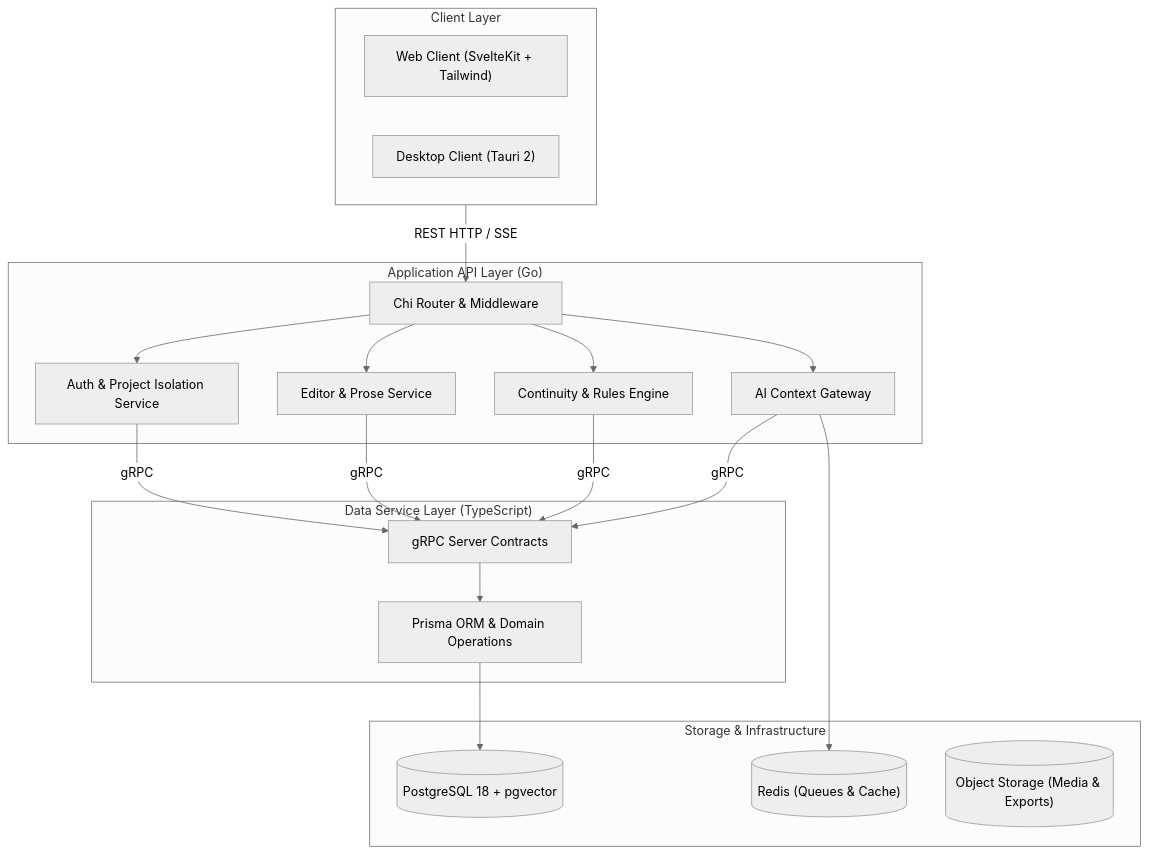
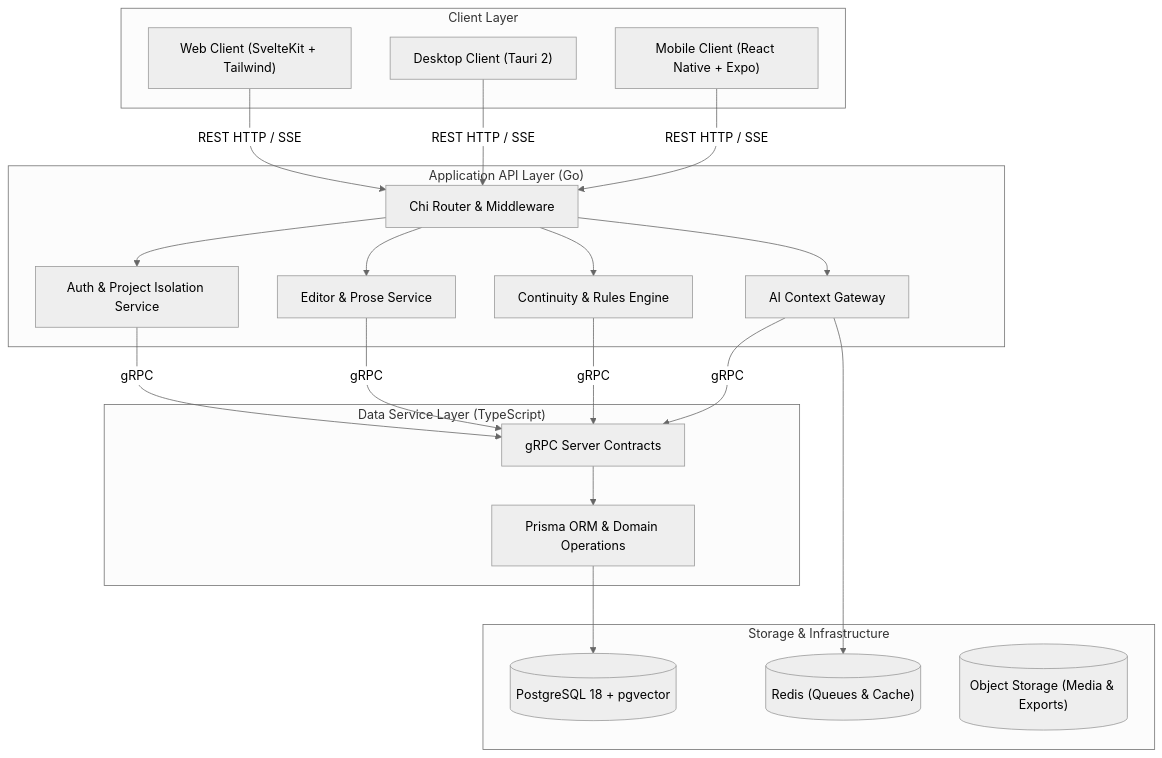
Before and after one commit to Yogesh-Kumar-Mallik-dev/NovWrite: the diagram in NOVWRITE_ARCHITECTURE.md, drawn with Mermaid (neutral theme). The commit also changed 4 other files, not shown here.

Commit message:
fix(docs): resolve mermaid flowchart syntax and subgraph edge parsing errors

````diff
--- a/NOVWRITE_ARCHITECTURE.md
+++ b/NOVWRITE_ARCHITECTURE.md
@@ -24,33 +24,34 @@
 ```mermaid
 flowchart TB
     subgraph Client ["Client Layer"]
         W["Web Client (SvelteKit + Tailwind)"]
         D["Desktop Client (Tauri 2)"]
+        M["Mobile Client (React Native + Expo)"]
     end
 
     subgraph API ["Application API Layer (Go)"]
         Router["Chi Router & Middleware"]
         Auth["Auth & Project Isolation Service"]
         Editor["Editor & Prose Service"]
         Continuity["Continuity & Rules Engine"]
         AIGW["AI Context Gateway"]
     end
 
     subgraph DataSvc ["Data Service Layer (TypeScript)"]
         gRPC["gRPC Server Contracts"]
         Prisma["Prisma ORM & Domain Operations"]
     end
 
     subgraph Storage ["Storage & Infrastructure"]
         PG[("PostgreSQL 18 + pgvector")]
         Redis[("Redis (Queues & Cache)")]
         S3[("Object Storage (Media & Exports)")]
     end
 
-    Client -->|REST HTTP / SSE| Router
+    W & D & M -->|"REST HTTP / SSE"| Router
     Router --> Auth & Editor & Continuity & AIGW
-    Auth & Editor & Continuity & AIGW -->|gRPC| gRPC
+    Auth & Editor & Continuity & AIGW -->|"gRPC"| gRPC
     gRPC --> Prisma
     Prisma --> PG
     AIGW --> Redis
 ```
````
